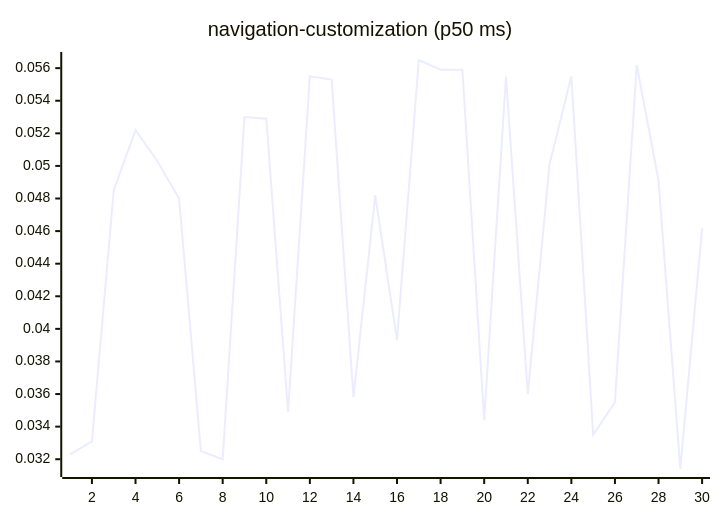
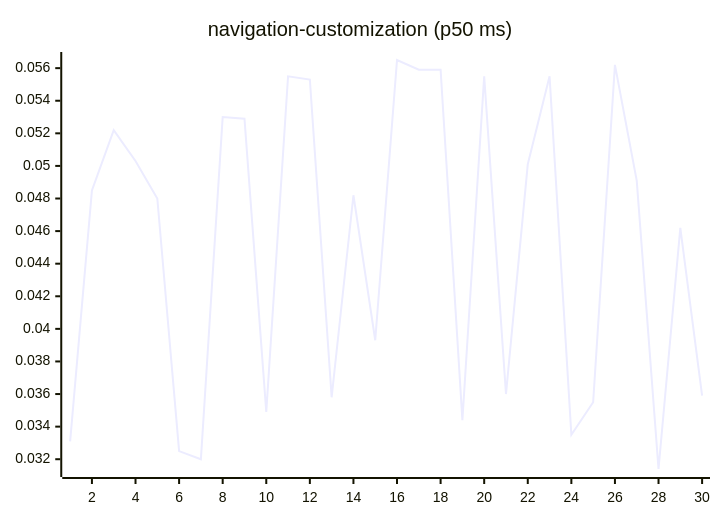
Before and after one commit to josha/Facet: diagram 15 of 27 in README.md, drawn with Mermaid. The commit also changed other lines of this file and 2 other files, not shown here.

````diff
--- a/README.md
+++ b/README.md
@@ -161,6 +161,6 @@
 ```mermaid
 xychart-beta
     title "navigation-customization (p50 ms)"
     x-axis 1 --> 30
-    line [0.0323, 0.0331, 0.0485, 0.0522, 0.0503, 0.0480, 0.0325, 0.0320, 0.0530, 0.0529, 0.0349, 0.0555, 0.0553, 0.0358, 0.0482, 0.0393, 0.0565, 0.0559, 0.0559, 0.0344, 0.0555, 0.0360, 0.0501, 0.0555, 0.0335, 0.0355, 0.0562, 0.0491, 0.0314, 0.0462]
+    line [0.0331, 0.0485, 0.0522, 0.0503, 0.0480, 0.0325, 0.0320, 0.0530, 0.0529, 0.0349, 0.0555, 0.0553, 0.0358, 0.0482, 0.0393, 0.0565, 0.0559, 0.0559, 0.0344, 0.0555, 0.0360, 0.0501, 0.0555, 0.0335, 0.0355, 0.0562, 0.0491, 0.0314, 0.0462, 0.0359]
 ```
````
